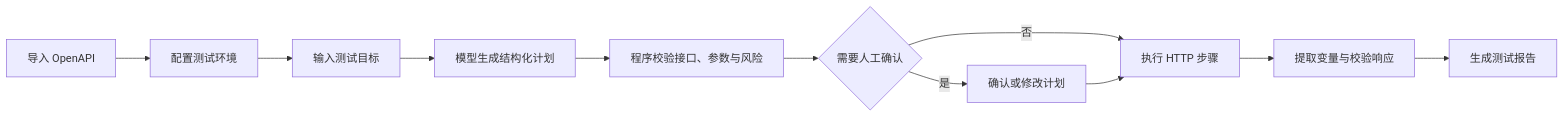
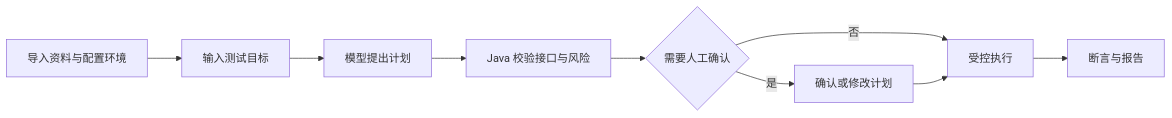
One commit to Dawdawqaq/api-pilot-agent changed the diagram in README.md. Above: the diagram before and after it, drawn with Mermaid. The commit also changed other lines of this file and 160 other files, not shown here.

````diff
--- a/README.md
+++ b/README.md
@@ -25,13 +18,11 @@
 ```mermaid
 flowchart LR
-    A[导入 OpenAPI] --> B[配置测试环境]
-    B --> C[输入测试目标]
-    C --> D[模型生成结构化计划]
-    D --> E[程序校验接口、参数与风险]
-    E --> F{需要人工确认}
-    F -->|是| G[确认或修改计划]
-    F -->|否| H[执行 HTTP 步骤]
-    G --> H
-    H --> I[提取变量与校验响应]
-    I --> J[生成测试报告]
+    A[导入资料与配置环境] --> B[输入测试目标]
+    B --> C[模型提出计划]
+    C --> D[Java 校验接口与风险]
+    D --> E{需要人工确认}
+    E -->|是| F[确认或修改计划]
+    E -->|否| G[受控执行]
+    F --> G
+    G --> H[断言与报告]
 ```
````
